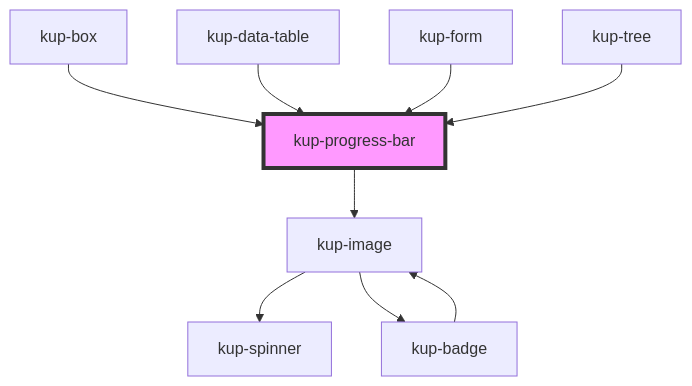
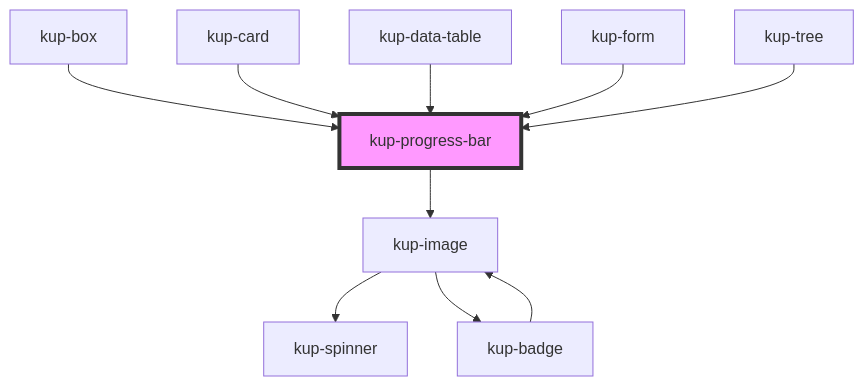
Before and after one commit to smeup/ketchup: the diagram in packages/ketchup/src/components/kup-progress-bar/readme.md, drawn with Mermaid. The commit also changed other lines of this file and 4 other files, not shown here.

````diff
--- a/packages/ketchup/src/components/kup-progress-bar/readme.md
+++ b/packages/ketchup/src/components/kup-progress-bar/readme.md
@@ -39,12 +40,13 @@
 ```mermaid
 graph TD;
   kup-progress-bar --> kup-image
   kup-image --> kup-spinner
   kup-image --> kup-badge
   kup-badge --> kup-image
   kup-box --> kup-progress-bar
+  kup-card --> kup-progress-bar
   kup-data-table --> kup-progress-bar
   kup-form --> kup-progress-bar
   kup-tree --> kup-progress-bar
   style kup-progress-bar fill:#f9f,stroke:#333,stroke-width:4px
 ```
````
